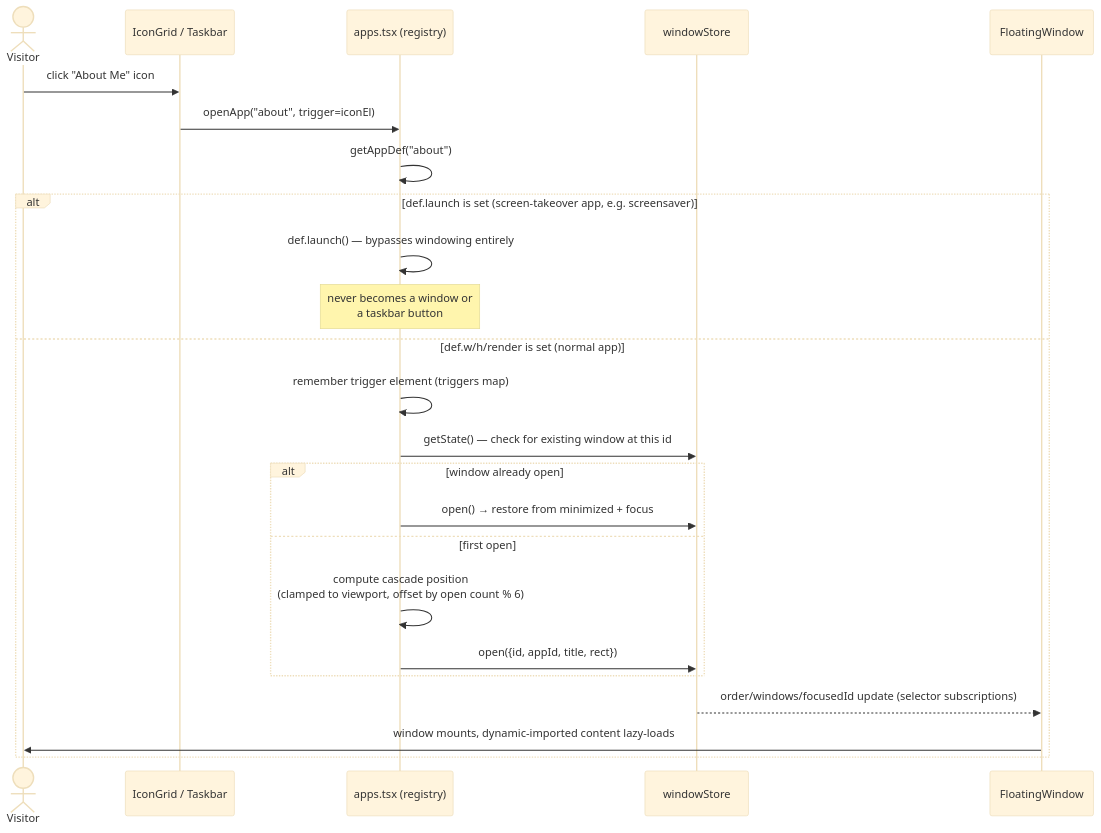
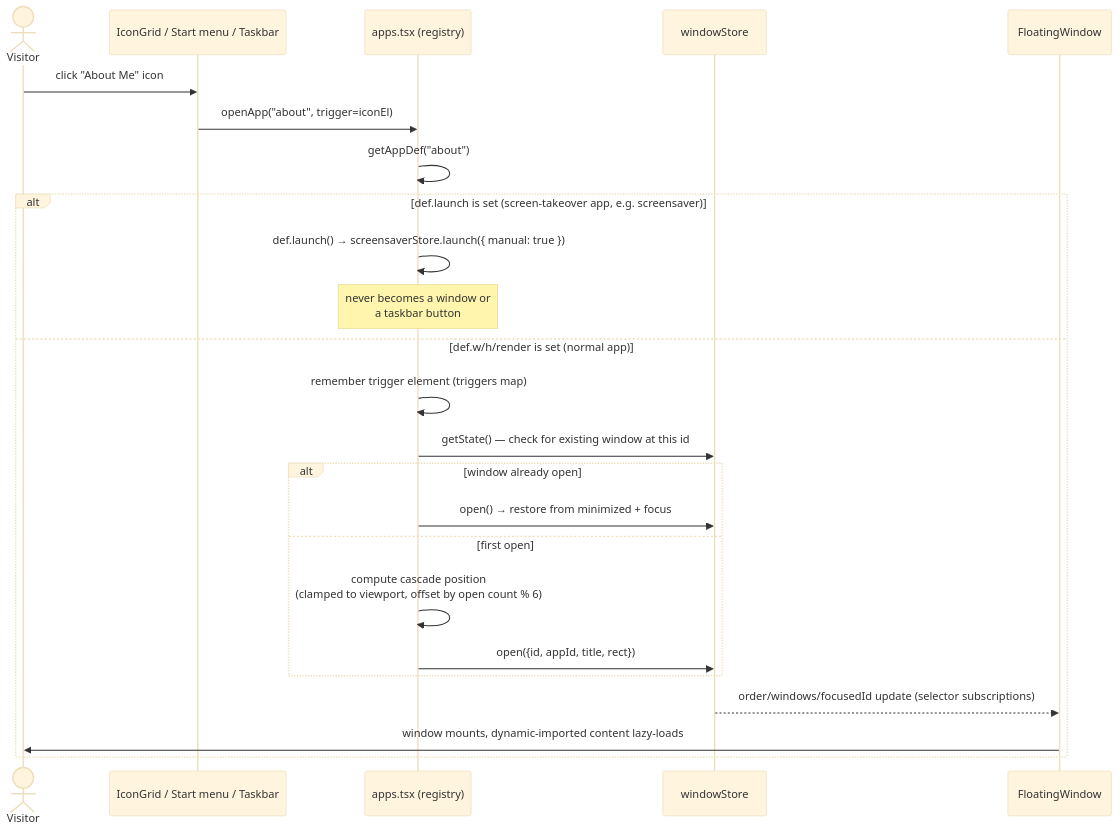
One commit to carterptull/personal-portfolio-website changed the first of 2 diagrams in diagrams/open-app-flow.md. Above: the diagram before and after it, drawn with Mermaid (base theme). The commit also changed other lines of this file and 7 other files, not shown here.

Commit message:
Refreshed stale diagrams to match v1.2.0.

````diff
--- a/diagrams/open-app-flow.md
+++ b/diagrams/open-app-flow.md
@@ -6,28 +6,28 @@
 ```mermaid
 sequenceDiagram
     actor V as Visitor
-    participant IG as IconGrid / Taskbar
+    participant IG as IconGrid / Start menu / Taskbar
     participant A as apps.tsx (registry)
     participant WS as windowStore
     participant FW as FloatingWindow
 
     V->>IG: click "About Me" icon
     IG->>A: openApp("about", trigger=iconEl)
     A->>A: getAppDef("about")
 
     alt def.launch is set (screen-takeover app, e.g. screensaver)
-        A->>A: def.launch() — bypasses windowing entirely
+        A->>A: def.launch() → screensaverStore.launch({ manual: true })
         Note over A: never becomes a window or<br/>a taskbar button
     else def.w/h/render is set (normal app)
         A->>A: remember trigger element (triggers map)
         A->>WS: getState() — check for existing window at this id
         alt window already open
             A->>WS: open() → restore from minimized + focus
         else first open
             A->>A: compute cascade position<br/>(clamped to viewport, offset by open count % 6)
             A->>WS: open({id, appId, title, rect})
         end
         WS-->>FW: order/windows/focusedId update (selector subscriptions)
         FW->>V: window mounts, dynamic-imported content lazy-loads
     end
 ```
````
